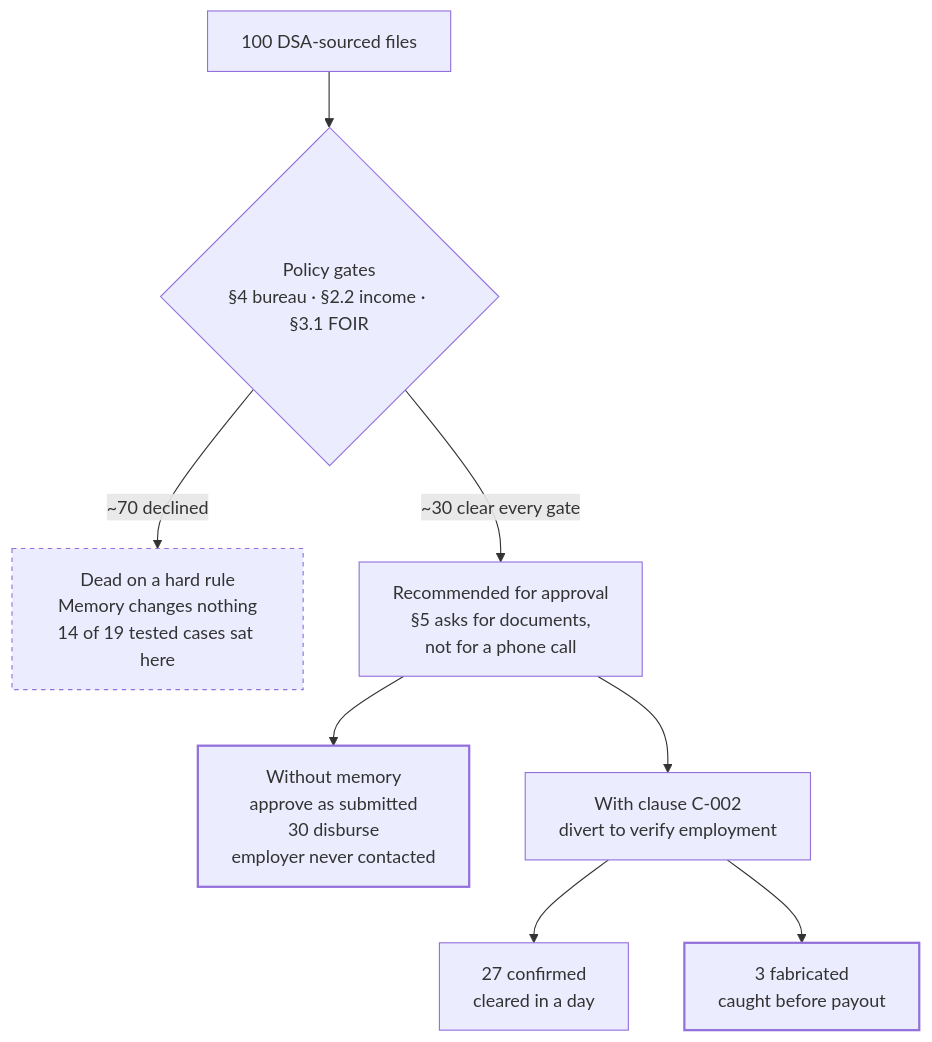
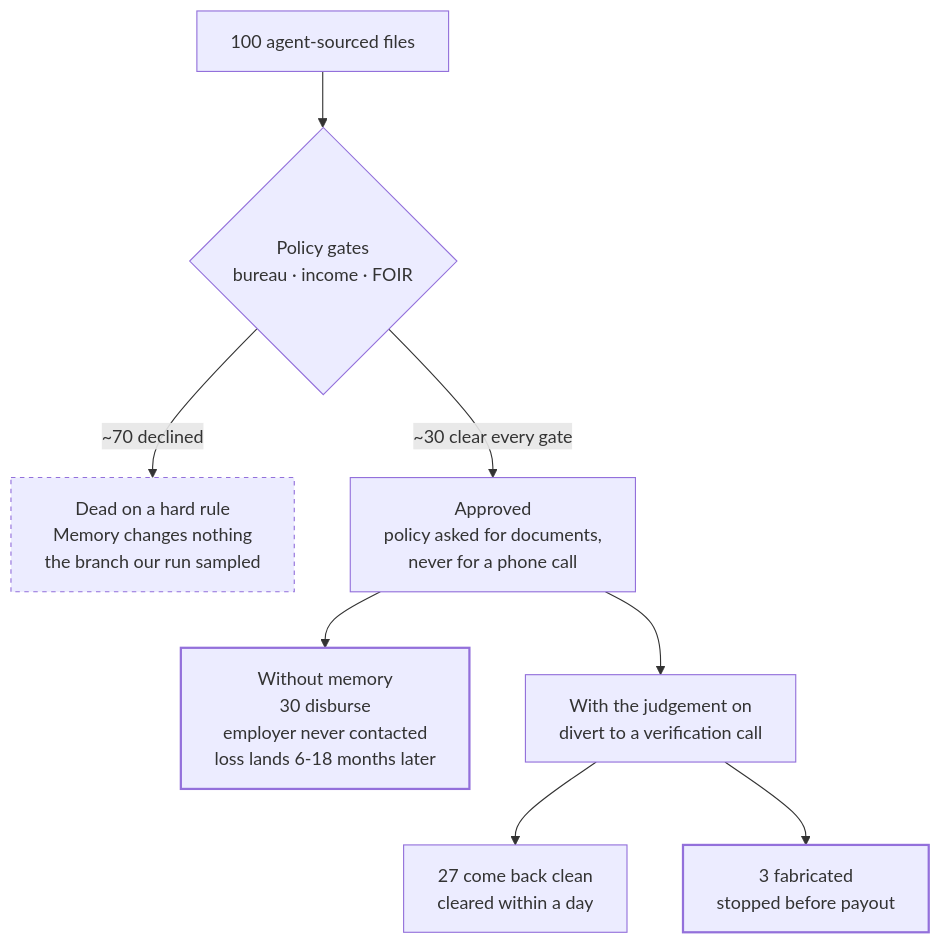
The diagram in README.md (Trustedwear-Tech/citra-decision-system), drawn with Mermaid before and after one commit. The commit also changed other lines of this file, not shown here.

````diff
--- a/README.md
+++ b/README.md
@@ -778,13 +228,13 @@
 ```mermaid
 flowchart TD
-    A["100 DSA-sourced files"] --> B{"Policy gates<br/>§4 bureau · §2.2 income · §3.1 FOIR"}
-    B -->|"~70 declined"| C["Dead on a hard rule<br/>Memory changes nothing<br/>14 of 19 tested cases sat here"]
-    B -->|"~30 clear every gate"| D["Recommended for approval<br/>§5 asks for documents,<br/>not for a phone call"]
-    D --> E["Without memory<br/>approve as submitted<br/>30 disburse<br/>employer never contacted"]
-    D --> F["With clause C-002<br/>divert to verify employment"]
-    F --> G["27 confirmed<br/>cleared in a day"]
-    F --> H["3 fabricated<br/>caught before payout"]
+    A["100 agent-sourced files"] --> B{"Policy gates<br/>bureau · income · FOIR"}
+    B -->|"~70 declined"| C["Dead on a hard rule<br/>Memory changes nothing<br/>the branch our run sampled"]
+    B -->|"~30 clear every gate"| D["Approved<br/>policy asked for documents,<br/>never for a phone call"]
+    D --> E["Without memory<br/>30 disburse<br/>employer never contacted<br/>loss lands 6-18 months later"]
+    D --> F["With the judgement on<br/>divert to a verification call"]
+    F --> G["27 come back clean<br/>cleared within a day"]
+    F --> H["3 fabricated<br/>stopped before payout"]
     style C stroke-dasharray: 4 4
     style E stroke-width:2px
     style H stroke-width:2px
 ```
````
